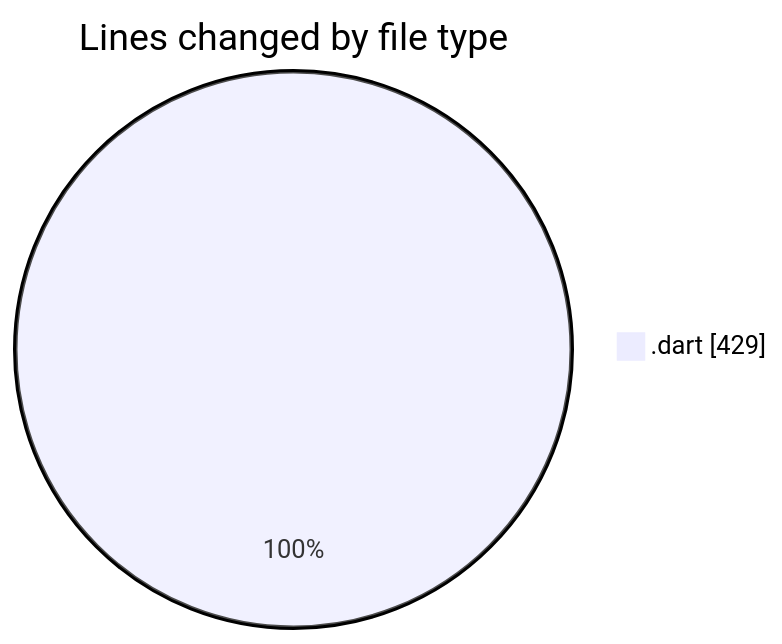
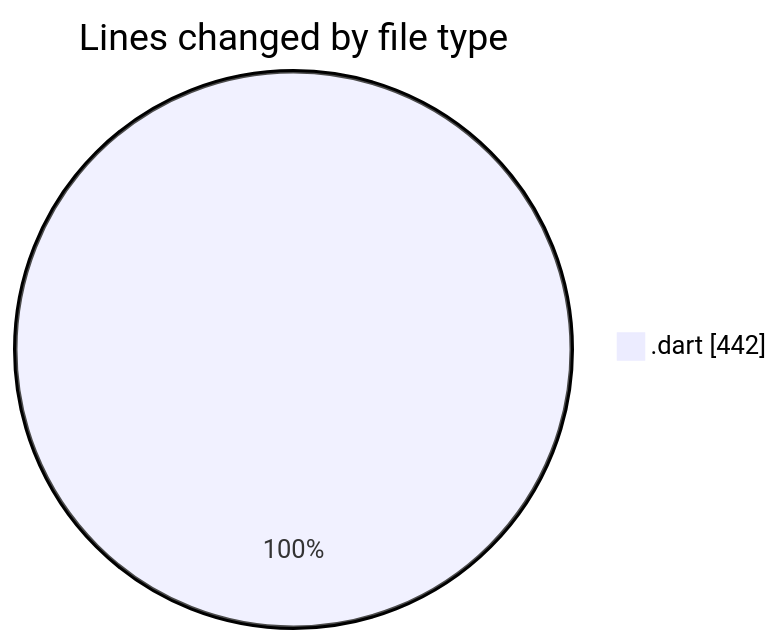
The first of 2 diagrams in 2025-03-25/wordle/README.md (donsfak/code-tracking), drawn with Mermaid before and after one commit. The commit also changed other lines of this file and 1 other file, not shown here.

````diff
--- a/2025-03-25/wordle/README.md
+++ b/2025-03-25/wordle/README.md
@@ -26,5 +26,5 @@
 ```mermaid
 pie showData
 title Lines changed by file type
-".dart" : 429
+".dart" : 442
 ```
````
